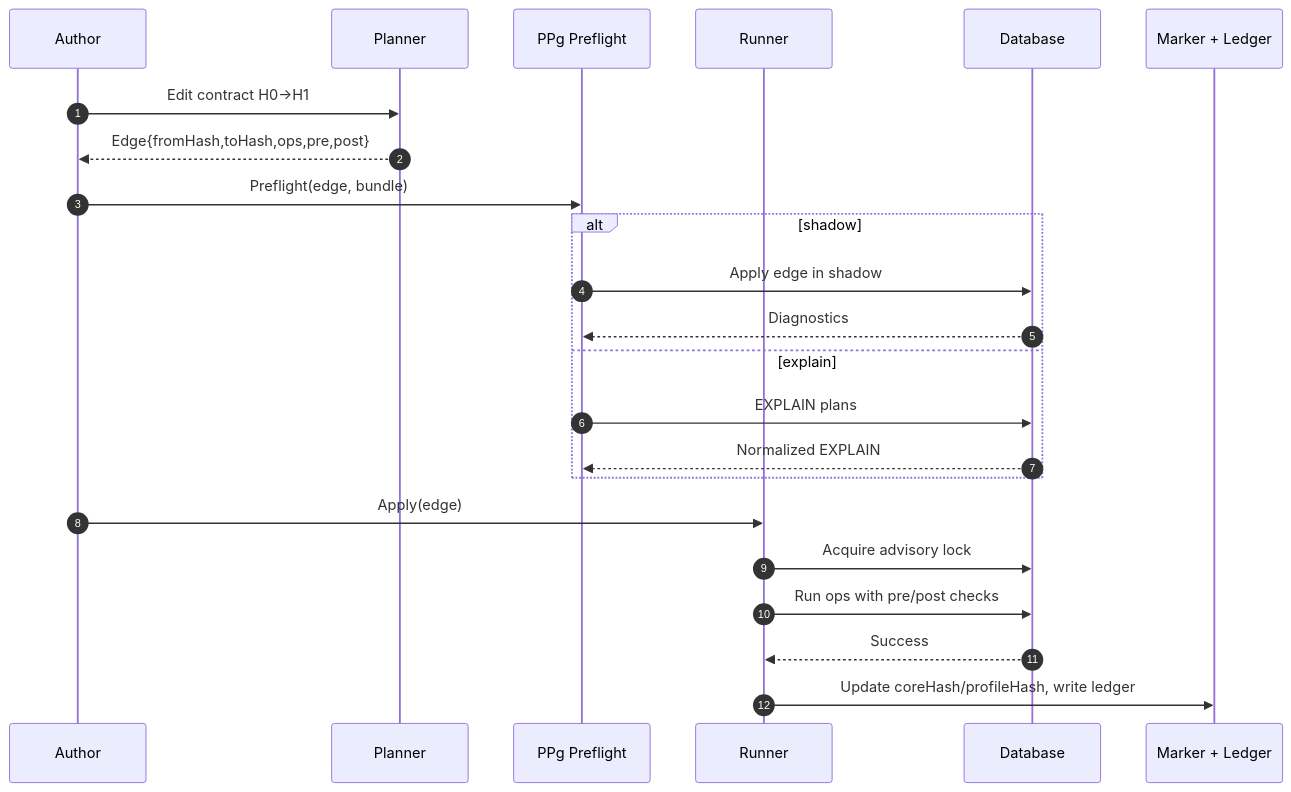
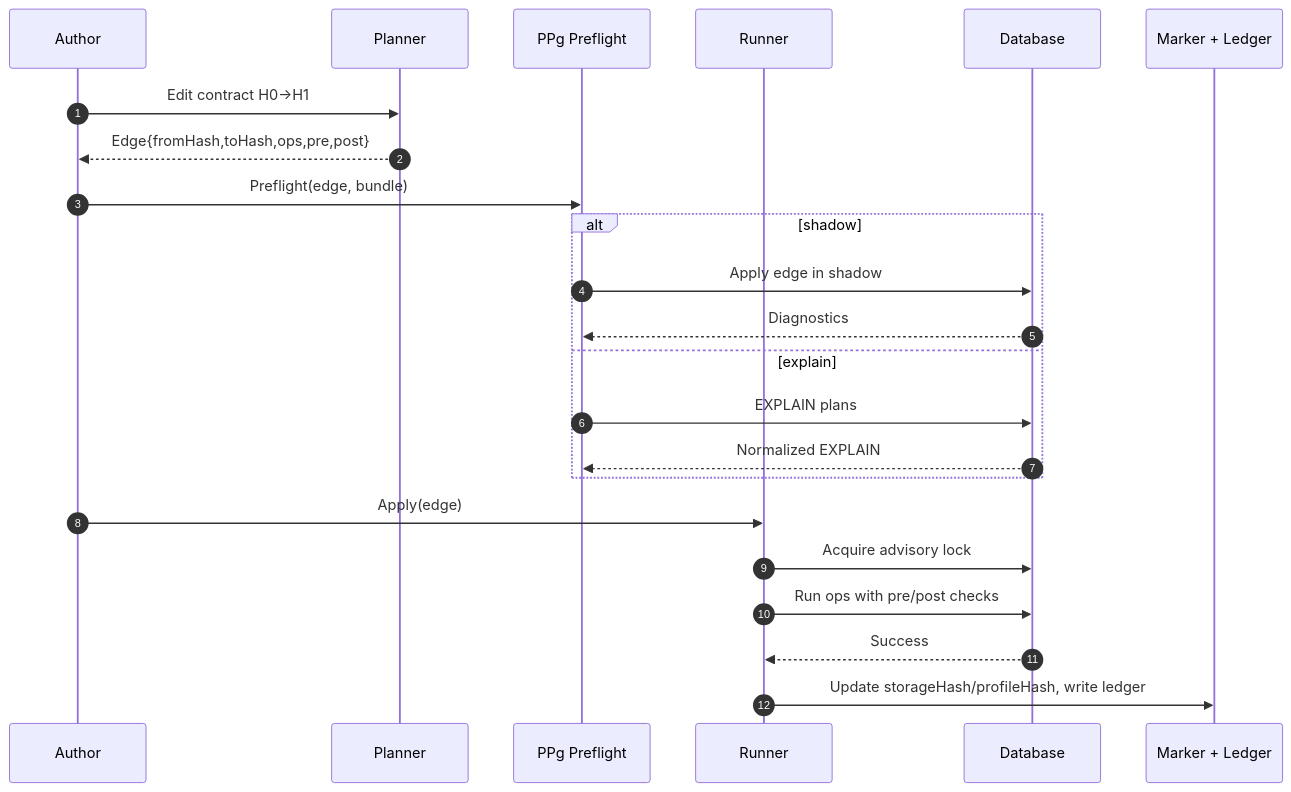
The second of 4 diagrams in docs/Architecture Overview.md (prisma/prisma-next), drawn with Mermaid before and after one commit. The commit also changed other lines of this file and 262 other files, not shown here.

````diff
--- a/docs/Architecture Overview.md
+++ b/docs/Architecture Overview.md
@@ -144,26 +144,26 @@
 ```mermaid
 sequenceDiagram
   autonumber
   participant Author as Author
   participant Planner as Planner
   participant PPg as PPg Preflight
   participant Runner as Runner
   participant DB as Database
   participant Marker as Marker + Ledger
 
   Author->>Planner: Edit contract H0→H1
   Planner-->>Author: Edge{fromHash,toHash,ops,pre,post}
   Author->>PPg: Preflight(edge, bundle)
   alt shadow
     PPg->>DB: Apply edge in shadow
     DB-->>PPg: Diagnostics
   else explain
     PPg->>DB: EXPLAIN plans
     DB-->>PPg: Normalized EXPLAIN
   end
   Author->>Runner: Apply(edge)
   Runner->>DB: Acquire advisory lock
   Runner->>DB: Run ops with pre/post checks
   DB-->>Runner: Success
-  Runner->>Marker: Update coreHash/profileHash, write ledger
+  Runner->>Marker: Update storageHash/profileHash, write ledger
 ```
````
